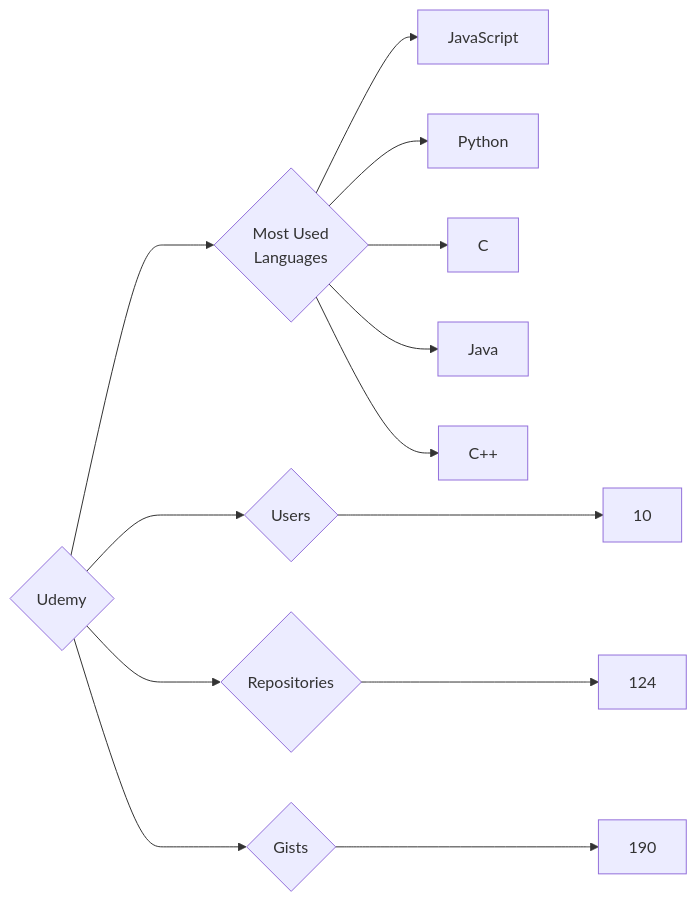
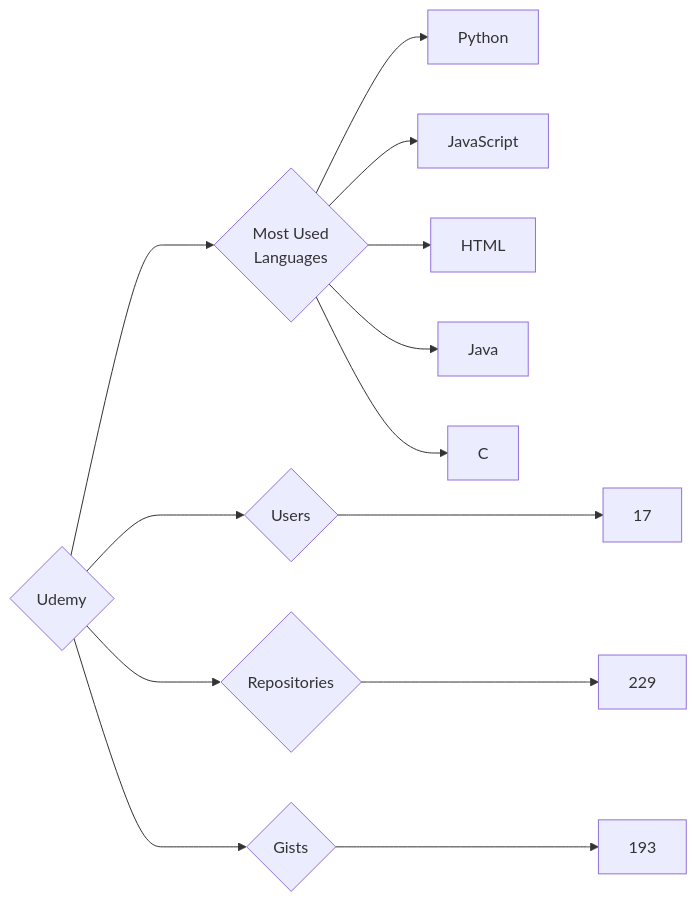
Before and after one commit to trickest/insiders: the diagram in targets/Udemy/README.md, drawn with Mermaid. The commit also changed 953 other files, not shown here.

````diff
--- a/targets/Udemy/README.md
+++ b/targets/Udemy/README.md
@@ -3,13 +3,13 @@
 ```mermaid
 graph LR
 COMPANY_NAME{Udemy}
-COMPANY_NAME ---> U{Users} ---> UN[10]
-COMPANY_NAME ---> R{Repositories} ---> RN[124]
-COMPANY_NAME ---> G{Gists} ---> GN[190]
+COMPANY_NAME ---> U{Users} ---> UN[17]
+COMPANY_NAME ---> R{Repositories} ---> RN[229]
+COMPANY_NAME ---> G{Gists} ---> GN[193]
 COMPANY_NAME ---> ML{Most Used<br>Languages}
+ML --> Python[Python]
 ML --> JavaScript[JavaScript]
-ML --> Python[Python]
+ML --> HTML[HTML]
+ML --> Java[Java]
 ML --> C[C]
-ML --> Java[Java]
-ML --> C++[C++]
 ```
````
